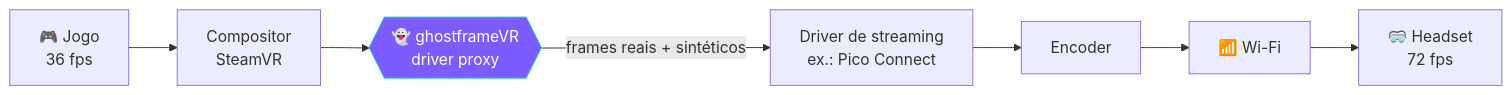
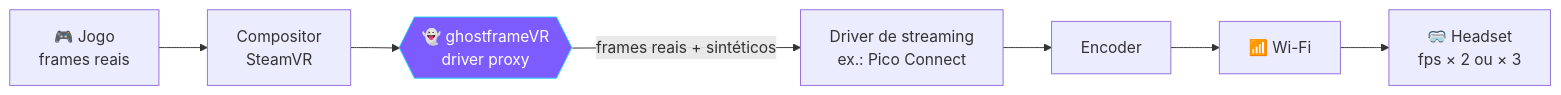
One commit to luizhc06/ghostframeVR changed the diagram in README.md. Above: the diagram before and after it, drawn with Mermaid. The commit also changed other lines of this file and 21 other files, not shown here.

````diff
--- a/README.md
+++ b/README.md
@@ -40,8 +42,8 @@
 ```mermaid
 flowchart LR
-    A[🎮 Jogo<br/>36 fps] --> B[Compositor<br/>SteamVR]
+    A[🎮 Jogo<br/>frames reais] --> B[Compositor<br/>SteamVR]
     B --> C{{👻 ghostframeVR<br/>driver proxy}}
     C -->|frames reais + sintéticos| D[Driver de streaming<br/>ex.: Pico Connect]
-    D --> E[Encoder] --> F[📶 Wi-Fi] --> G[🥽 Headset<br/>72 fps]
+    D --> E[Encoder] --> F[📶 Wi-Fi] --> G[🥽 Headset<br/>fps × 2 ou × 3]
     style C fill:#7c5cff,stroke:#22d3ee,color:#fff
 ```
````
